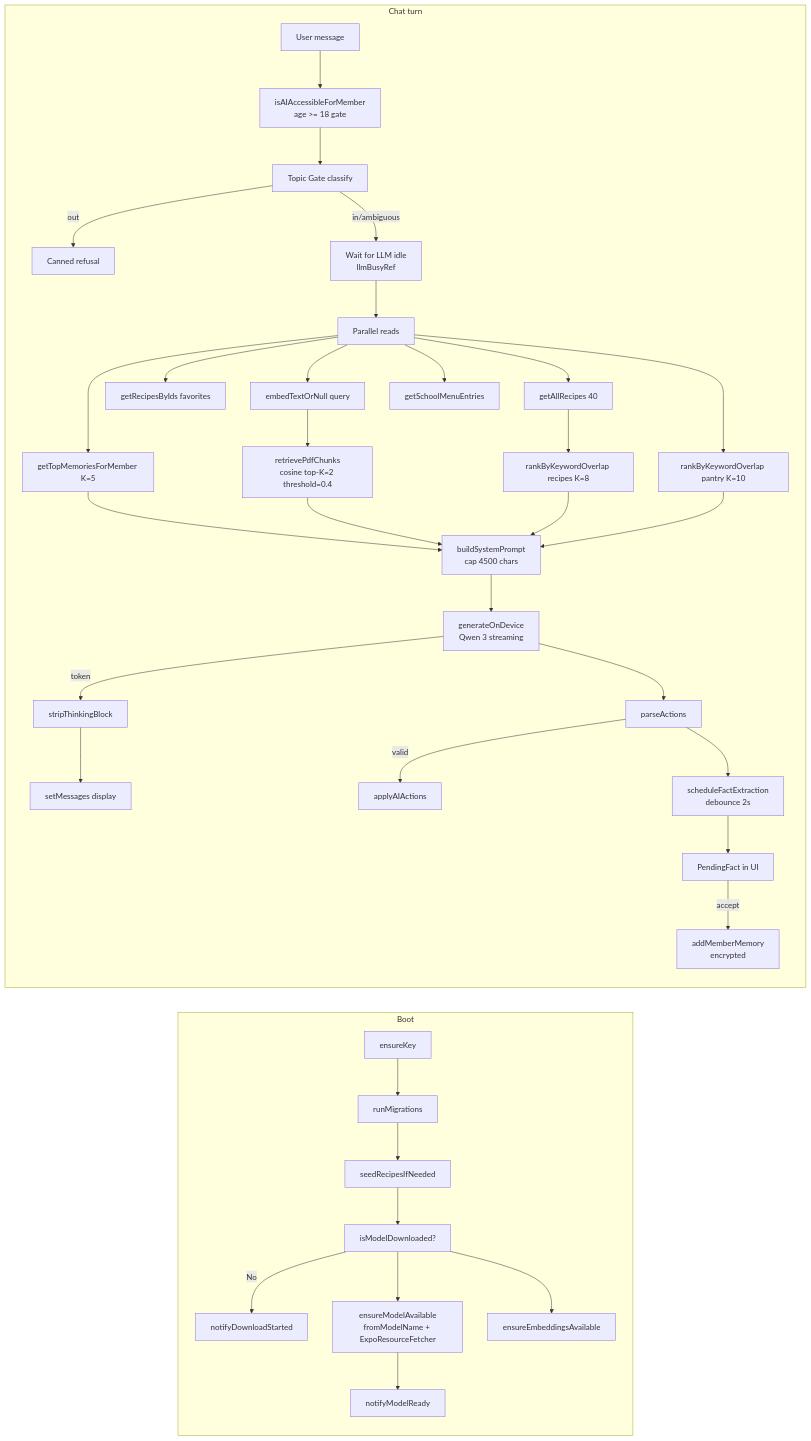
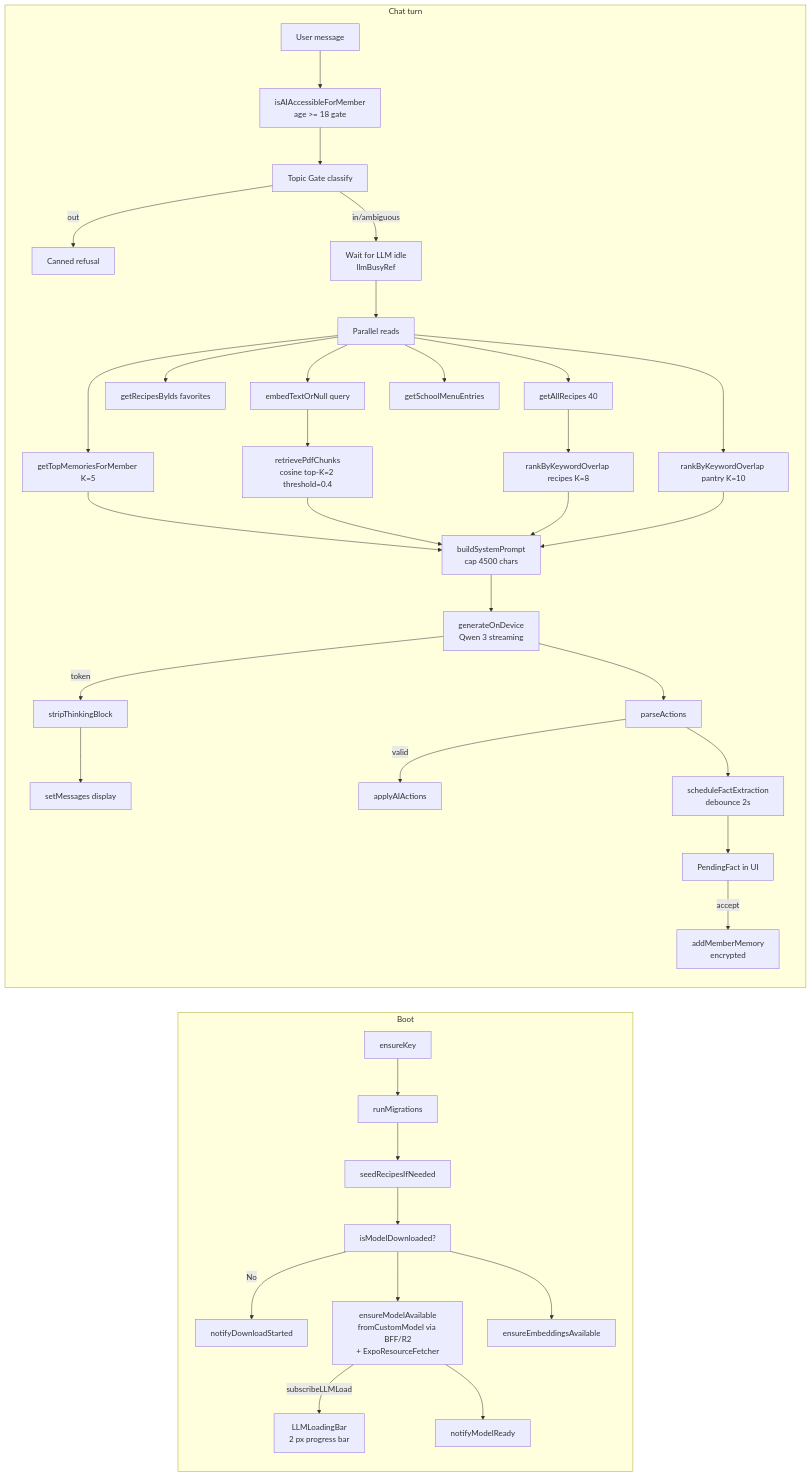
One commit to antonionc/nutrIAssistant changed the first of 3 diagrams in docs/data-architecture/04-ai-architecture.md. Above: the diagram before and after it, drawn with Mermaid. The commit also changed other lines of this file and 25 other files, not shown here.

````diff
--- a/docs/data-architecture/04-ai-architecture.md
+++ b/docs/data-architecture/04-ai-architecture.md
@@ -27,39 +29,40 @@
 ```mermaid
 flowchart LR
     subgraph Boot[Boot]
         B1[ensureKey] --> B2[runMigrations] --> B3[seedRecipesIfNeeded]
         B3 --> B4[isModelDownloaded?]
         B4 -- No --> B5[notifyDownloadStarted]
-        B4 --> B6[ensureModelAvailable<br/>fromModelName + ExpoResourceFetcher]
+        B4 --> B6[ensureModelAvailable<br/>fromCustomModel via BFF/R2<br/>+ ExpoResourceFetcher]
+        B6 -- subscribeLLMLoad --> Bar[LLMLoadingBar<br/>2 px progress bar]
         B6 --> B7[notifyModelReady]
         B4 --> B8[ensureEmbeddingsAvailable]
     end
 
     subgraph Chat[Chat turn]
         Q[User message] --> AG[isAIAccessibleForMember<br/>age >= 18 gate]
         AG --> TG[Topic Gate classify]
         TG -- out --> Refusal[Canned refusal]
         TG -- in/ambiguous --> WB[Wait for LLM idle<br/>llmBusyRef]
         WB --> R0[Parallel reads]
         R0 --> R1[getAllRecipes 40]
         R0 --> R2[getRecipesByIds favorites]
         R0 --> R3[getTopMemoriesForMember K=5]
         R0 --> R4[embedTextOrNull query]
         R0 --> R5[getSchoolMenuEntries]
         R4 --> Ret[retrievePdfChunks<br/>cosine top-K=2 threshold=0.4]
         R1 --> RK[rankByKeywordOverlap recipes K=8]
         R0 --> RP[rankByKeywordOverlap pantry K=10]
         R3 --> BP[buildSystemPrompt<br/>cap 4500 chars]
         Ret --> BP
         RK --> BP
         RP --> BP
         BP --> Gen[generateOnDevice<br/>Qwen 3 streaming]
         Gen -- token --> Strip[stripThinkingBlock]
         Strip --> UI[setMessages display]
         Gen --> Parse[parseActions]
         Parse -- valid --> ApplyAct[applyAIActions]
         Parse --> FX[scheduleFactExtraction<br/>debounce 2s]
         FX --> Pend[PendingFact in UI]
         Pend -- accept --> AddMem[addMemberMemory<br/>encrypted]
     end
 ```
````
